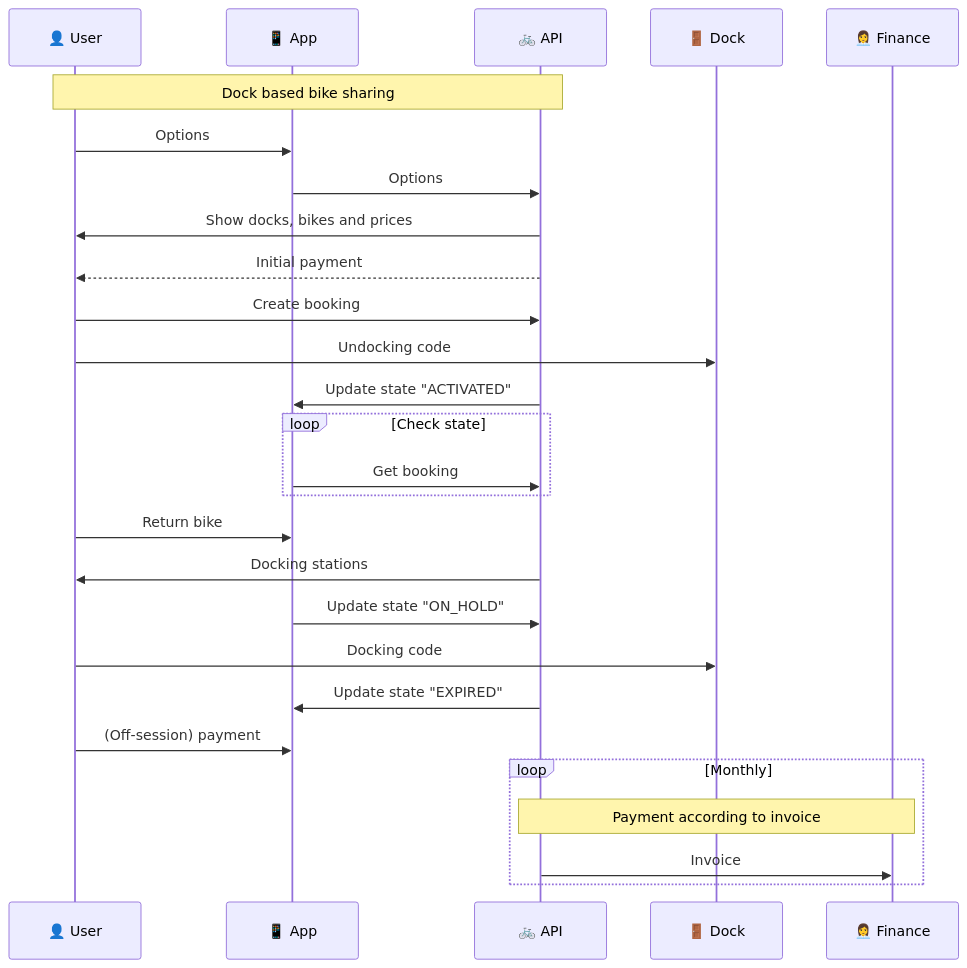
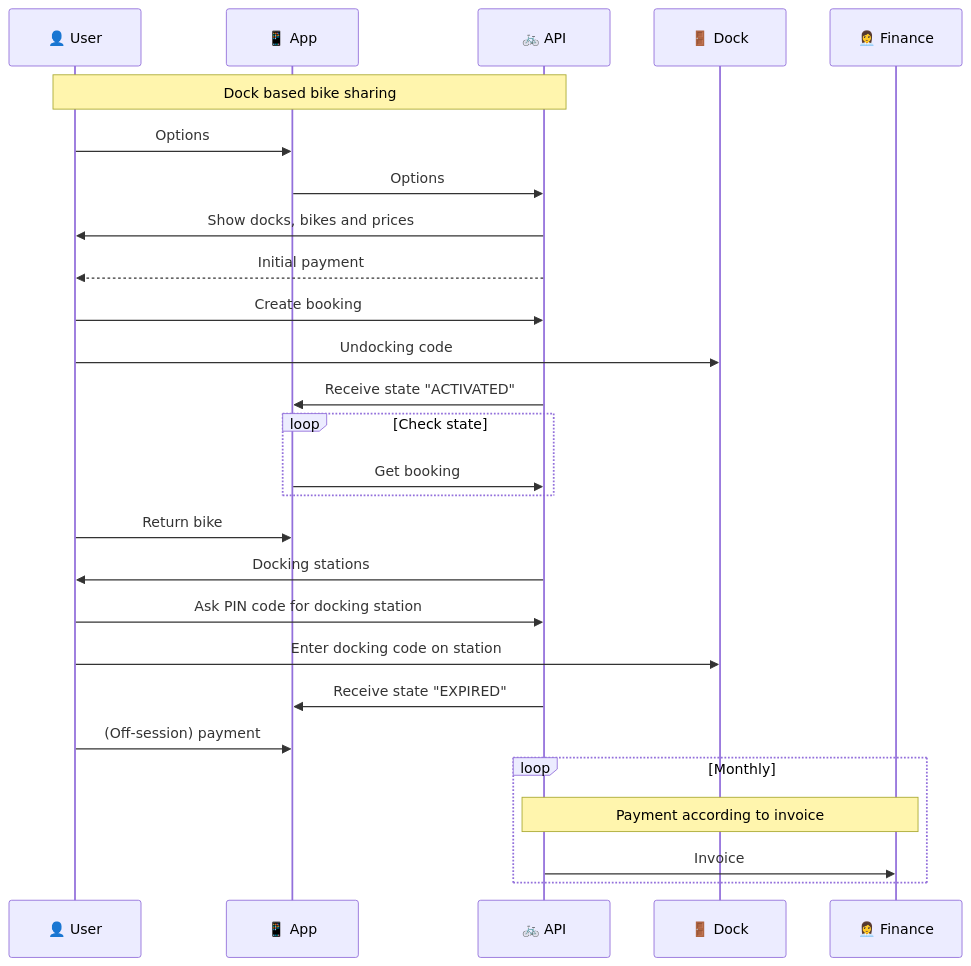
Before and after one commit to maasglobal/maas-tsp-api: the diagram in specs/workflow/docked-bike.mmd, drawn with Mermaid. The commit also changed 1 other file, not shown here.

Commit message:
Don't use ON_HOLD for docking a bike

```diff
--- a/specs/workflow/docked-bike.mmd
+++ b/specs/workflow/docked-bike.mmd
@@ -1,30 +1,30 @@
 sequenceDiagram
   %% MermaidJS sequences for docked bike interaction
   %% Use https://mermaid-js.github.io/mermaid-live-editor/ to edit
   %% For docking and undocking a bike you need to provide a PIN code 
   participant User as 👤 User
   participant App as 📱 App
   participant TSP as 🚲 API
   participant Dock as 🚪 Dock
   participant Finance as 👩‍💼 Finance
   Note over User,TSP: Dock based bike sharing
   User->>App: Options
   App->>TSP: Options
   TSP->>User: Show docks, bikes and prices
   TSP-->>User: Initial payment
   User->>TSP: Create booking
   User->>Dock: Undocking code
-  TSP->>App: Update state "ACTIVATED"
+  TSP->>App: Receive state "ACTIVATED"
   loop Check state
     App->>TSP: Get booking
   end
   User->>App: Return bike
   TSP->>User: Docking stations
-  App->>TSP: Update state "ON_HOLD"
-  User->>Dock: Docking code
-  TSP->>App: Update state "EXPIRED"
+  User->>TSP: Ask PIN code for docking station
+  User->>Dock: Enter docking code on station
+  TSP->>App: Receive state "EXPIRED"
   User->>App: (Off-session) payment
   loop Monthly
     Note over TSP,Finance: Payment according to invoice
     TSP->>Finance: Invoice 
   end
```
